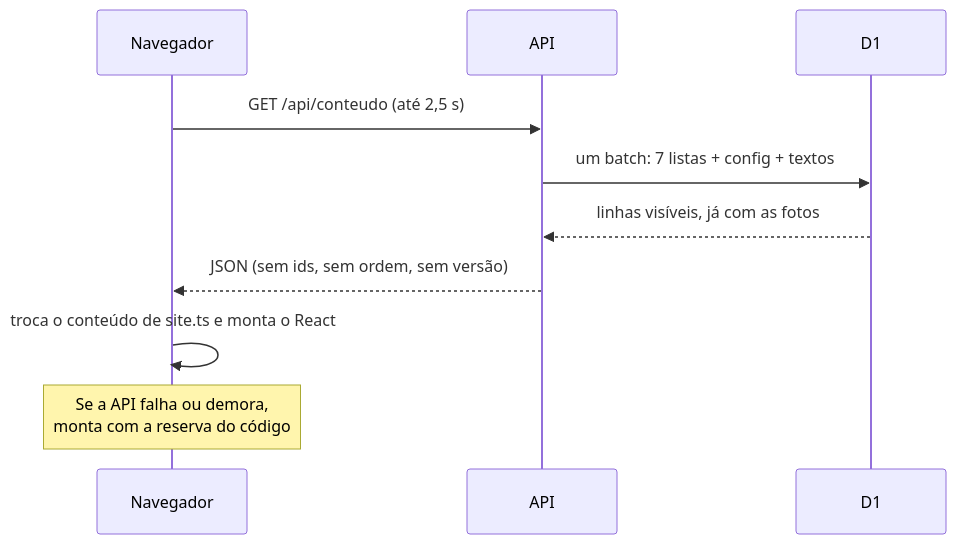
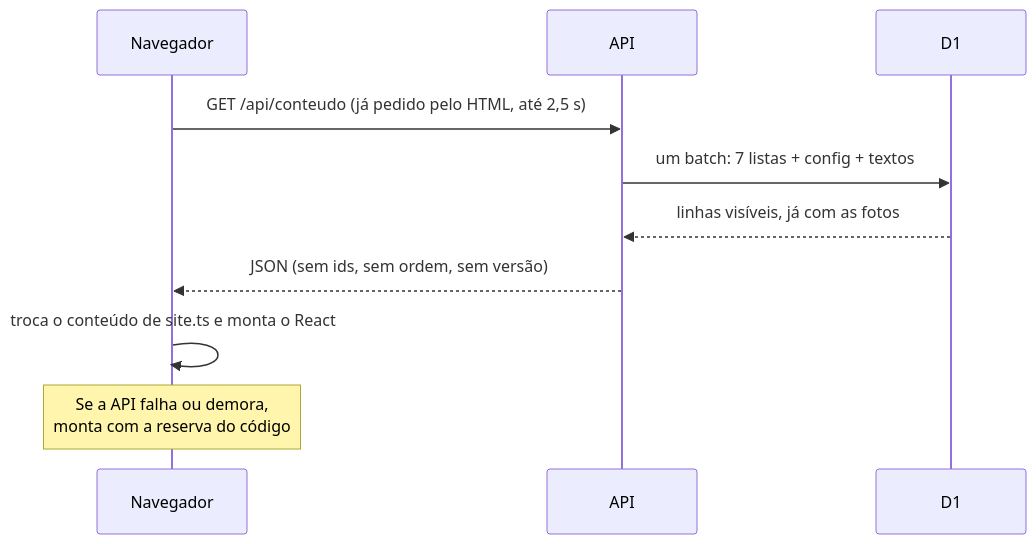
Before and after one commit to Gustavo16378/stewer-site: the third of 5 diagrams in docs/arquitetura.md, drawn with Mermaid. The commit also changed other lines of this file and 3 other files, not shown here.

````diff
--- a/docs/arquitetura.md
+++ b/docs/arquitetura.md
@@ -79,12 +79,12 @@
 ```mermaid
 sequenceDiagram
   participant N as Navegador
   participant A as API
   participant D as D1
-  N->>A: GET /api/conteudo (até 2,5 s)
+  N->>A: GET /api/conteudo (já pedido pelo HTML, até 2,5 s)
   A->>D: um batch: 7 listas + config + textos
   D-->>A: linhas visíveis, já com as fotos
   A-->>N: JSON (sem ids, sem ordem, sem versão)
   N->>N: troca o conteúdo de site.ts e monta o React
   Note over N: Se a API falha ou demora,<br/>monta com a reserva do código
 ```
````
